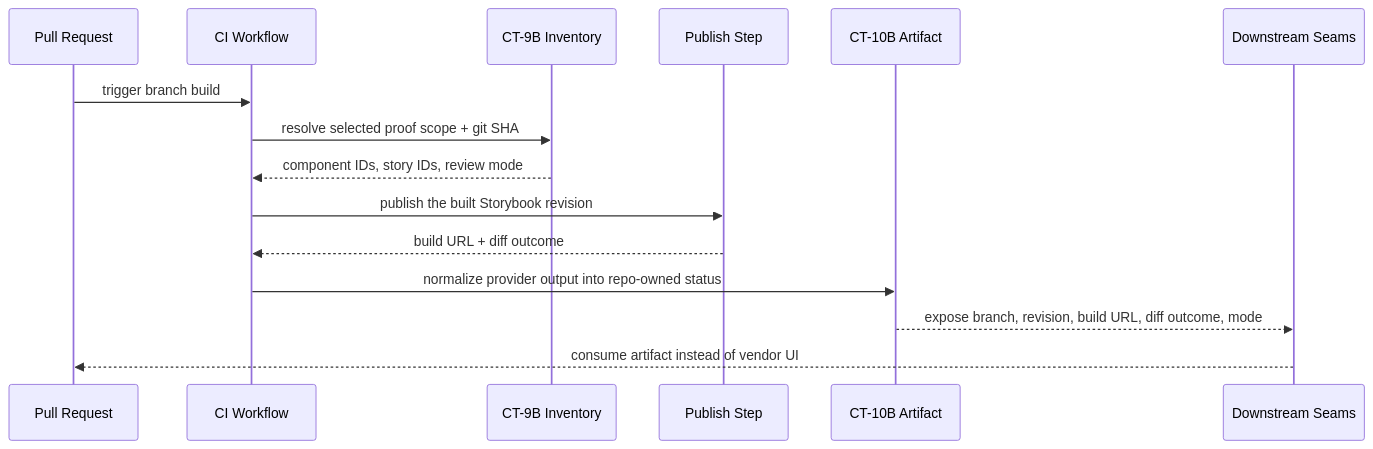
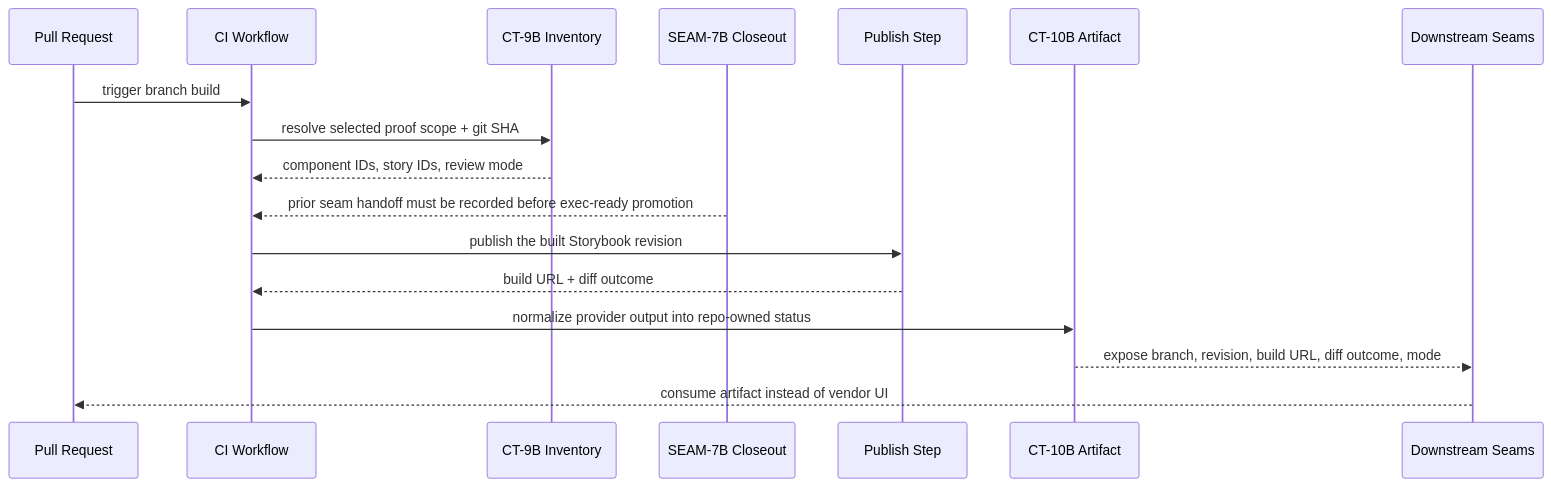
Before and after one commit to atomize-hq/collider: the fourth of 4 diagrams in harness-future-rails/threaded-seams/seam-8b-branch-aware-visual-review-convergence/review.md, drawn with Mermaid. The commit also changed other lines of this file and 11 other files, not shown here.

````diff
--- a/harness-future-rails/threaded-seams/seam-8b-branch-aware-visual-review-convergence/review.md
+++ b/harness-future-rails/threaded-seams/seam-8b-branch-aware-visual-review-convergence/review.md
@@ -58,17 +60,19 @@
 ```mermaid
 sequenceDiagram
   participant PR as Pull Request
   participant CI as CI Workflow
   participant Inv as CT-9B Inventory
+  participant Gate as SEAM-7B Closeout
   participant Pub as Publish Step
   participant Art as CT-10B Artifact
   participant Cons as Downstream Seams
   PR->>CI: trigger branch build
   CI->>Inv: resolve selected proof scope + git SHA
   Inv-->>CI: component IDs, story IDs, review mode
+  Gate-->>CI: prior seam handoff must be recorded before exec-ready promotion
   CI->>Pub: publish the built Storybook revision
   Pub-->>CI: build URL + diff outcome
   CI->>Art: normalize provider output into repo-owned status
   Art-->>Cons: expose branch, revision, build URL, diff outcome, mode
   Cons-->>PR: consume artifact instead of vendor UI
 ```
````
